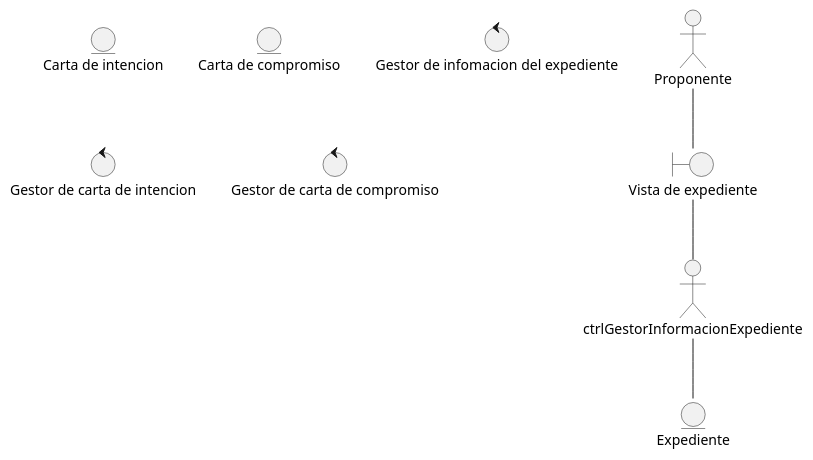
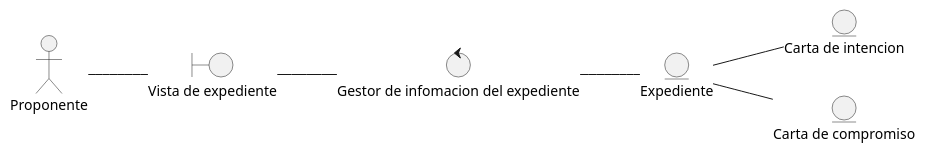
The diagram in docs/scenariosView/DisciplinaDeAnalisisDiagramaDeClaseVerExpediente.plantuml (Samantha-Ramirez/ProyectoEquipo7ING), drawn with PlantUML before and after one commit. The commit also changed 26 other files, not shown here.

Commit message:
Diagramas de clases de analisis y paquetes 2906

```diff
--- a/docs/scenariosView/DisciplinaDeAnalisisDiagramaDeClaseVerExpediente.plantuml
+++ b/docs/scenariosView/DisciplinaDeAnalisisDiagramaDeClaseVerExpediente.plantuml
@@ -1,20 +1,21 @@
 @startuml DisciplinaDeAnalisisDiagramaDeClaseVerExpediente
+left to right direction
+
 actor "Proponente" as actorProponente
 
 entity "Expediente" as entidadExpediente
 entity "Carta de intencion" as entidadCartaDeIntencion
 entity "Carta de compromiso" as entidadCartaDeCompromiso
 
 
 boundary "Vista de expediente" as vistaExpediente
 
-control "Gestor de infomacion del expediente" as ctrlGestorExpediente
-control "Gestor de carta de intencion" as ctrlGestorCartaDeIntencion
-control "Gestor de carta de compromiso" as ctrlGestorCartaDeCompromiso
-
+control "Gestor de infomacion del expediente" as ctrlGestorInformacionExpediente
 
 actorProponente -- vistaExpediente
 vistaExpediente -- ctrlGestorInformacionExpediente
 ctrlGestorInformacionExpediente -- entidadExpediente
+entidadExpediente -- entidadCartaDeIntencion
+entidadExpediente -- entidadCartaDeCompromiso
 
 @enduml
```
